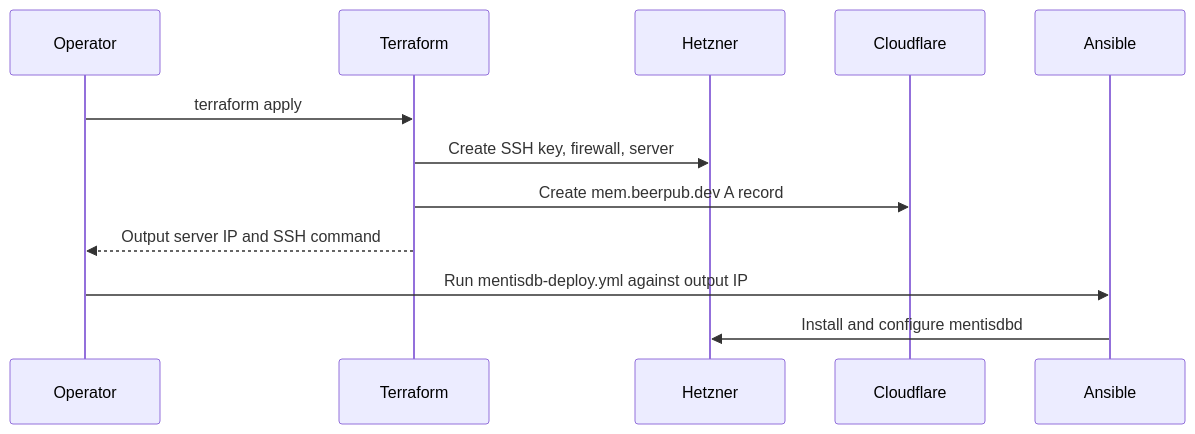
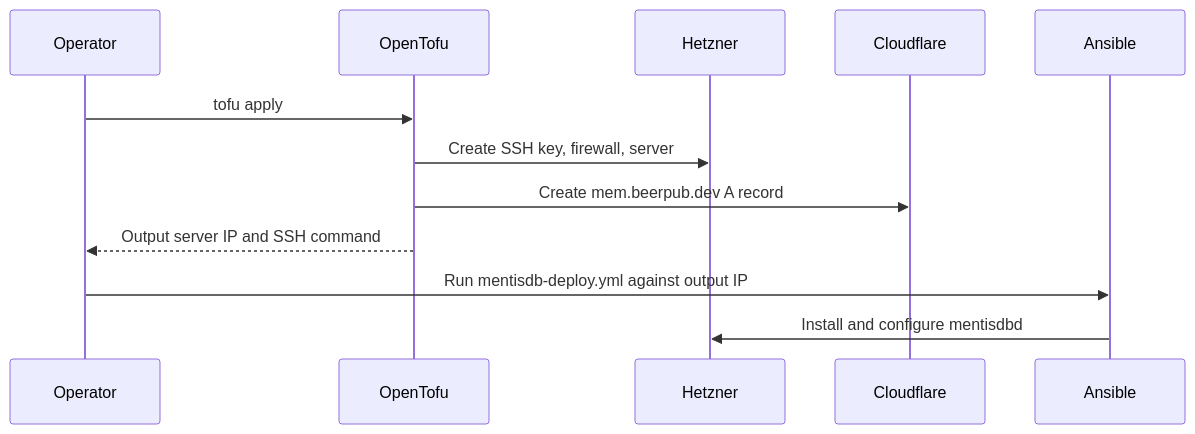
One commit to atvirokodosprendimai/ai-pipeline-template changed the diagram in infrastructure/terraform/mentisdb/README.md. Above: the diagram before and after it, drawn with Mermaid. The commit also changed other lines of this file and 11 other files, not shown here.

First line of the commit message:
refactor: retrofit IaC to mailservice OpenTofu/Hetzner pattern

````diff
--- a/infrastructure/terraform/mentisdb/README.md
+++ b/infrastructure/terraform/mentisdb/README.md
@@ -55,15 +54,15 @@
 ```mermaid
 sequenceDiagram
     participant Operator
-    participant Terraform
+    participant OpenTofu
     participant Hetzner
     participant Cloudflare
     participant Ansible
 
-    Operator->>Terraform: terraform apply
-    Terraform->>Hetzner: Create SSH key, firewall, server
-    Terraform->>Cloudflare: Create mem.beerpub.dev A record
-    Terraform-->>Operator: Output server IP and SSH command
+    Operator->>OpenTofu: tofu apply
+    OpenTofu->>Hetzner: Create SSH key, firewall, server
+    OpenTofu->>Cloudflare: Create mem.beerpub.dev A record
+    OpenTofu-->>Operator: Output server IP and SSH command
     Operator->>Ansible: Run mentisdb-deploy.yml against output IP
     Ansible->>Hetzner: Install and configure mentisdbd
 ```
````
